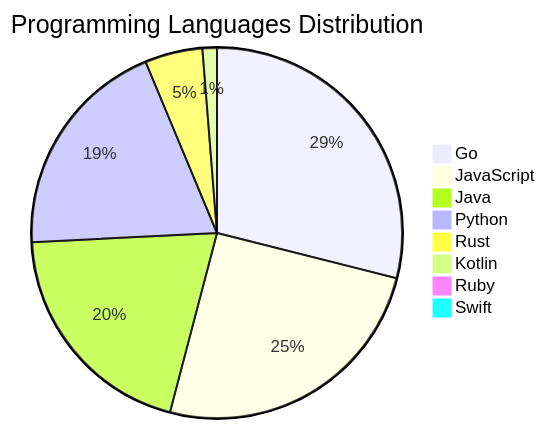
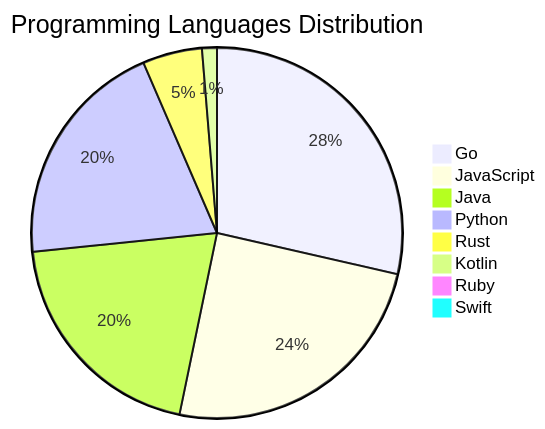
Before and after one commit to Derrick-MUGISHA/github-activity-bot: the diagram in README.md, drawn with Mermaid. The commit also changed other lines of this file and 4 other files, not shown here.

````diff
--- a/README.md
+++ b/README.md
@@ -208,11 +208,11 @@
 ```mermaid
 pie title Programming Languages Distribution
-    "Go" : 46
-    "JavaScript" : 40
-    "Java" : 32
+    "Go" : 44
+    "JavaScript" : 38
+    "Java" : 31
     "Python" : 31
     "Rust" : 8
     "Kotlin" : 2
     "Ruby" : 1
     "Swift" : 1
 ```
````
